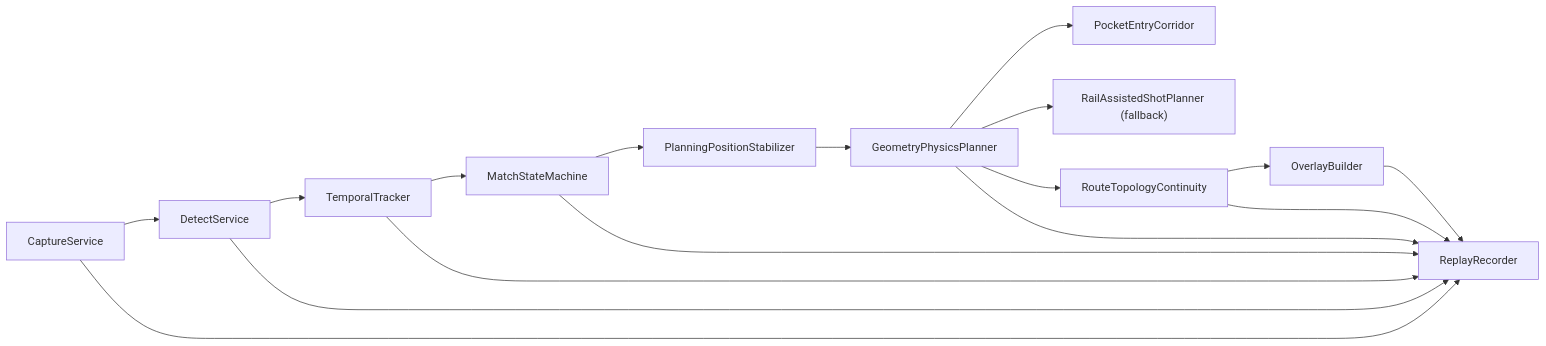
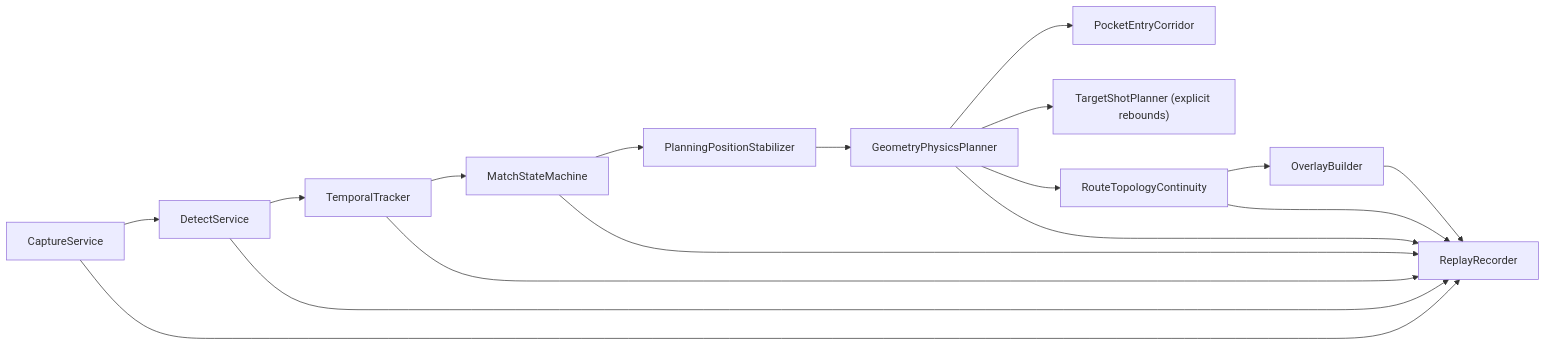
One commit to Ryan-JwZhao/2606bas changed the diagram in docs/architecture.md. Above: the diagram before and after it, drawn with Mermaid. The commit also changed other lines of this file and 16 other files, not shown here.

````diff
--- a/docs/architecture.md
+++ b/docs/architecture.md
@@ -5,19 +5,19 @@
 ```mermaid
 flowchart LR
     A["CaptureService"] --> B["DetectService"]
     B --> C["TemporalTracker"]
     C --> D["MatchStateMachine"]
     D --> E["PlanningPositionStabilizer"]
     E --> F["GeometryPhysicsPlanner"]
     F --> J["PocketEntryCorridor"]
-    F --> K["RailAssistedShotPlanner (fallback)"]
+    F --> K["TargetShotPlanner (explicit rebounds)"]
     F --> H["RouteTopologyContinuity"]
     H --> I["OverlayBuilder"]
     A --> G["ReplayRecorder"]
     B --> G
     C --> G
     D --> G
     F --> G
     H --> G
     I --> G
 ```
````
